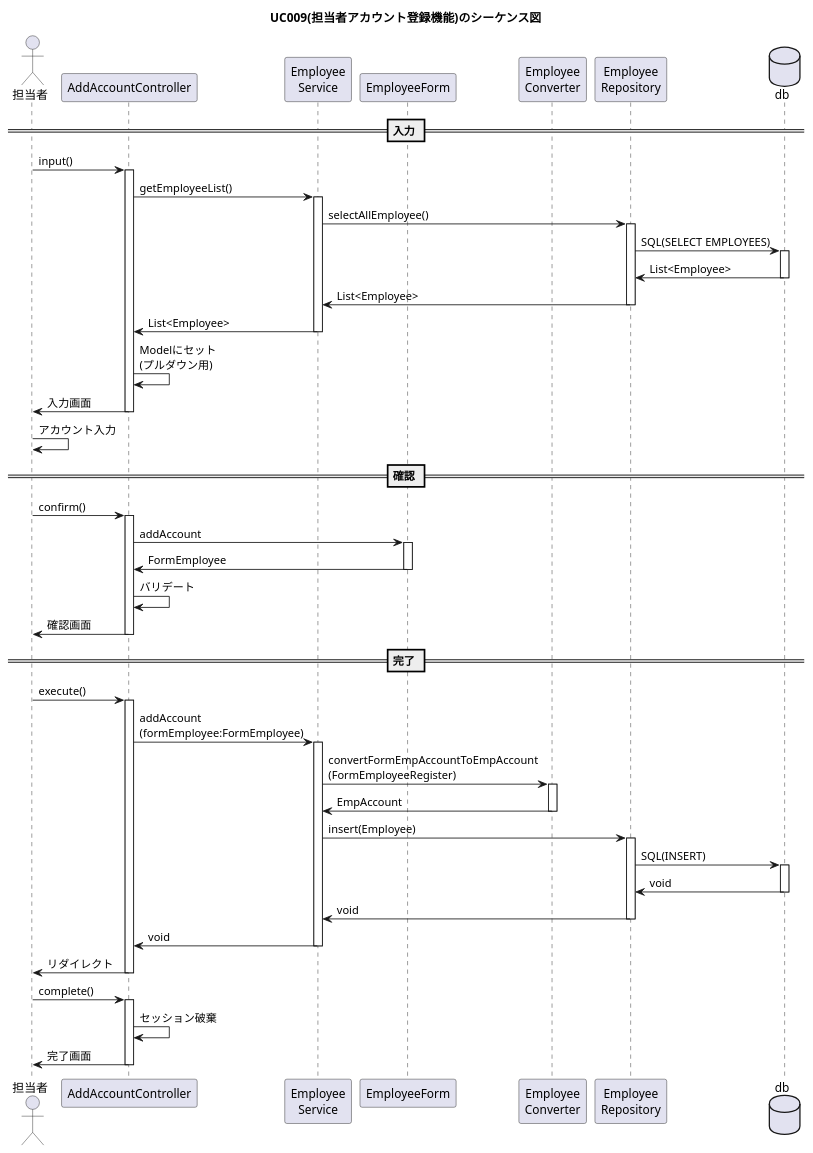
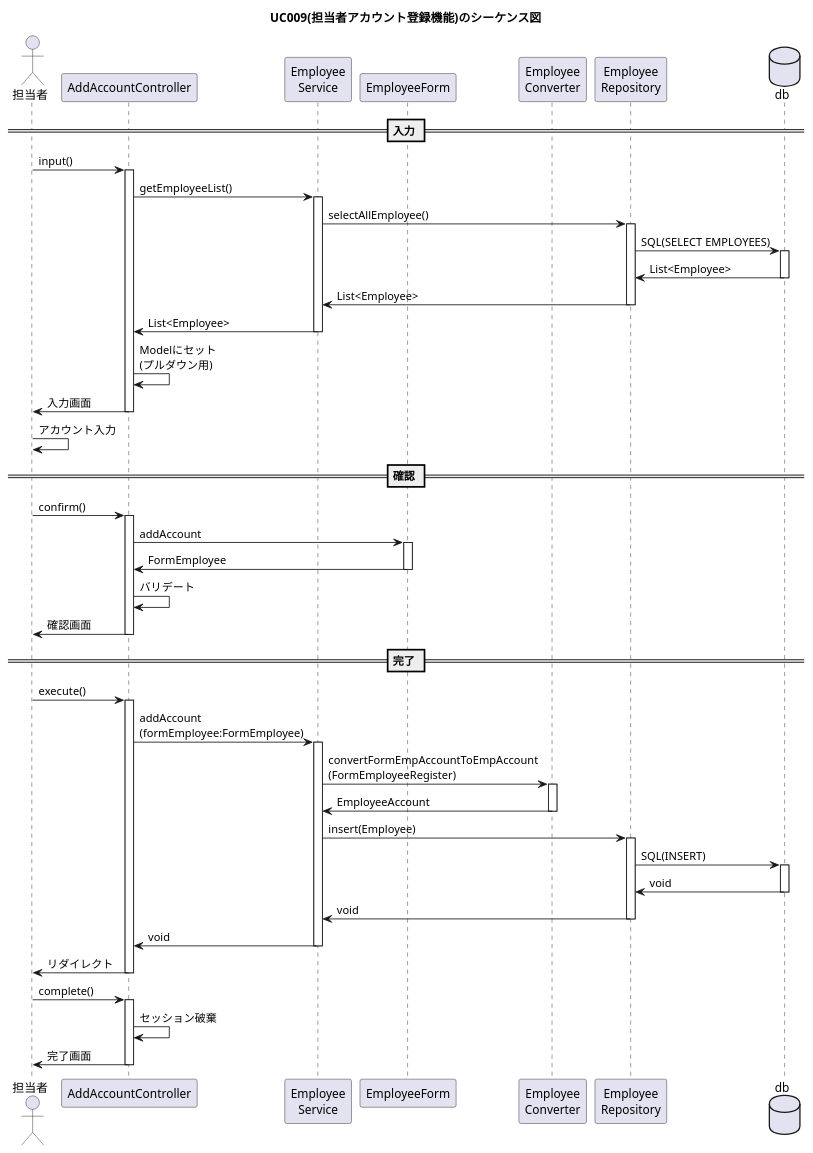
One commit to kanavii3333/ec-b changed the diagram in plan/uml/sequence/uc009.plantuml. Above: the diagram before and after it, drawn with PlantUML. The commit also changed 5 other files, not shown here.

```diff
--- a/plan/uml/sequence/uc009.plantuml
+++ b/plan/uml/sequence/uc009.plantuml
@@ -1,42 +1,42 @@
 @startuml
 
 title UC009(担当者アカウント登録機能)のシーケンス図
 actor "担当者" as user
 participant "AddAccountController" as controller
 participant "Employee\nService" as service
 participant "EmployeeForm" as form
 participant "Employee\nConverter" as helper
 participant "Employee\nRepository" as repository
 database "db" as db
  == 入力 ==
 user -> controller++:input()
 controller -> service++:getEmployeeList()
 service -> repository++:selectAllEmployee()
 repository -> db++:SQL(SELECT EMPLOYEES)
 db -> repository--:List<Employee>
 repository -> service--:List<Employee>
 service -> controller--:List<Employee>
 controller -> controller:Modelにセット\n(プルダウン用)
 controller -> user--:入力画面
 user -> user:アカウント入力 
  == 確認 ==
 user -> controller++:confirm()
 controller -> form++:addAccount
 form -> controller--:FormEmployee
 controller -> controller:バリデート
 controller -> user--:確認画面
  == 完了 ==
 user -> controller++:execute()
 controller -> service++:addAccount\n(formEmployee:FormEmployee)
 service -> helper++:convertFormEmpAccountToEmpAccount\n(FormEmployeeRegister)
-helper -> service--:EmpAccount
+helper -> service--:EmployeeAccount
 service -> repository++:insert(Employee)
 repository -> db++:SQL(INSERT)
 db -> repository--:void
 repository -> service--:void
 service -> controller--:void
 controller -> user--:リダイレクト
 user -> controller++:complete()
 controller -> controller:セッション破棄
 controller -> user--:完了画面
 @enduml
```
